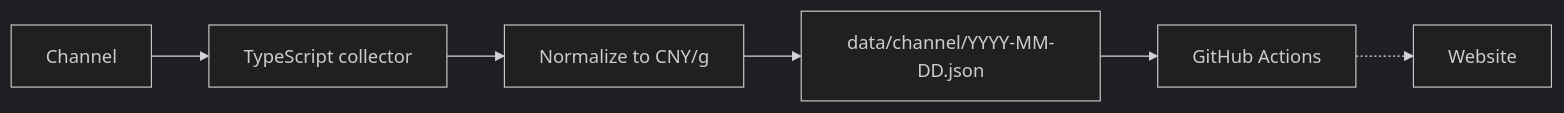
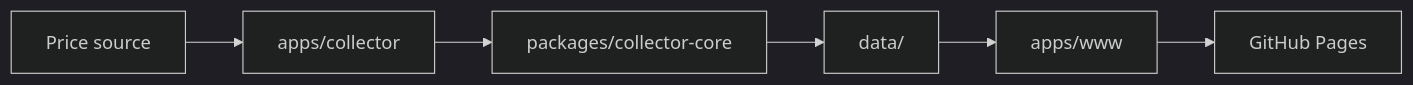
The diagram in README.md (yuler/golden-price), drawn with Mermaid (dark theme) before and after one commit. The commit also changed other lines of this file and 36 other files, not shown here.

````diff
--- a/README.md
+++ b/README.md
@@ -7,8 +16,8 @@
 ```mermaid
 flowchart LR
-  C[Channel] --> TS[TypeScript collector]
-  TS --> N[Normalize to CNY/g]
-  N --> D[data/channel/YYYY-MM-DD.json]
-  D --> GA[GitHub Actions]
-  GA -.-> S[Website]
+  Source[Price source] --> Collector[apps/collector]
+  Collector --> Core[packages/collector-core]
+  Core --> Data[data/]
+  Data --> Www[apps/www]
+  Www --> Pages[GitHub Pages]
 ```
````
